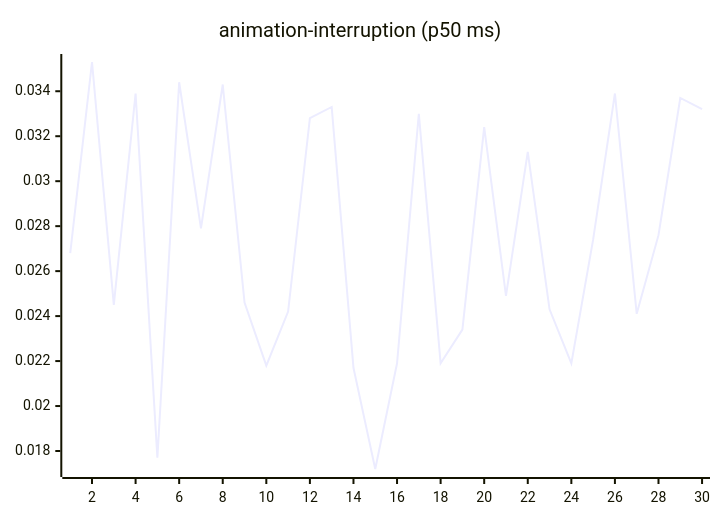
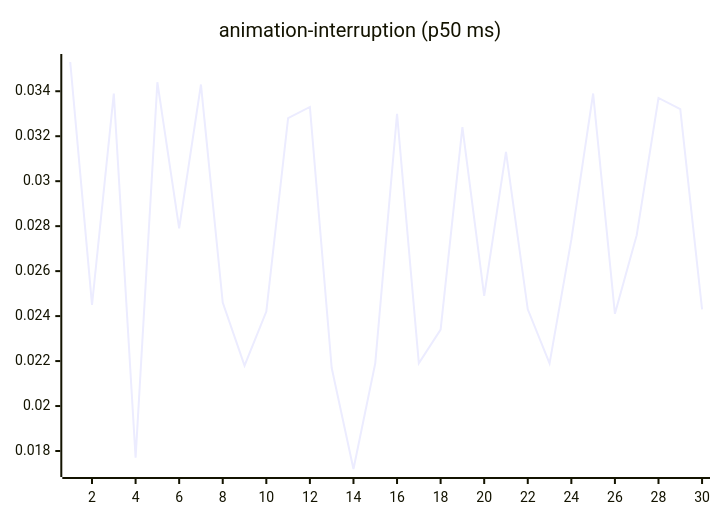
Before and after one commit to josha/Facet: the third of 27 diagrams in README.md, drawn with Mermaid. The commit also changed other lines of this file and 2 other files, not shown here.

````diff
--- a/README.md
+++ b/README.md
@@ -77,6 +77,6 @@
 ```mermaid
 xychart-beta
     title "animation-interruption (p50 ms)"
     x-axis 1 --> 30
-    line [0.0268, 0.0353, 0.0245, 0.0339, 0.0177, 0.0344, 0.0279, 0.0343, 0.0246, 0.0218, 0.0242, 0.0328, 0.0333, 0.0217, 0.0172, 0.0219, 0.0330, 0.0219, 0.0234, 0.0324, 0.0249, 0.0313, 0.0243, 0.0219, 0.0274, 0.0339, 0.0241, 0.0276, 0.0337, 0.0332]
+    line [0.0353, 0.0245, 0.0339, 0.0177, 0.0344, 0.0279, 0.0343, 0.0246, 0.0218, 0.0242, 0.0328, 0.0333, 0.0217, 0.0172, 0.0219, 0.0330, 0.0219, 0.0234, 0.0324, 0.0249, 0.0313, 0.0243, 0.0219, 0.0274, 0.0339, 0.0241, 0.0276, 0.0337, 0.0332, 0.0243]
 ```
````
